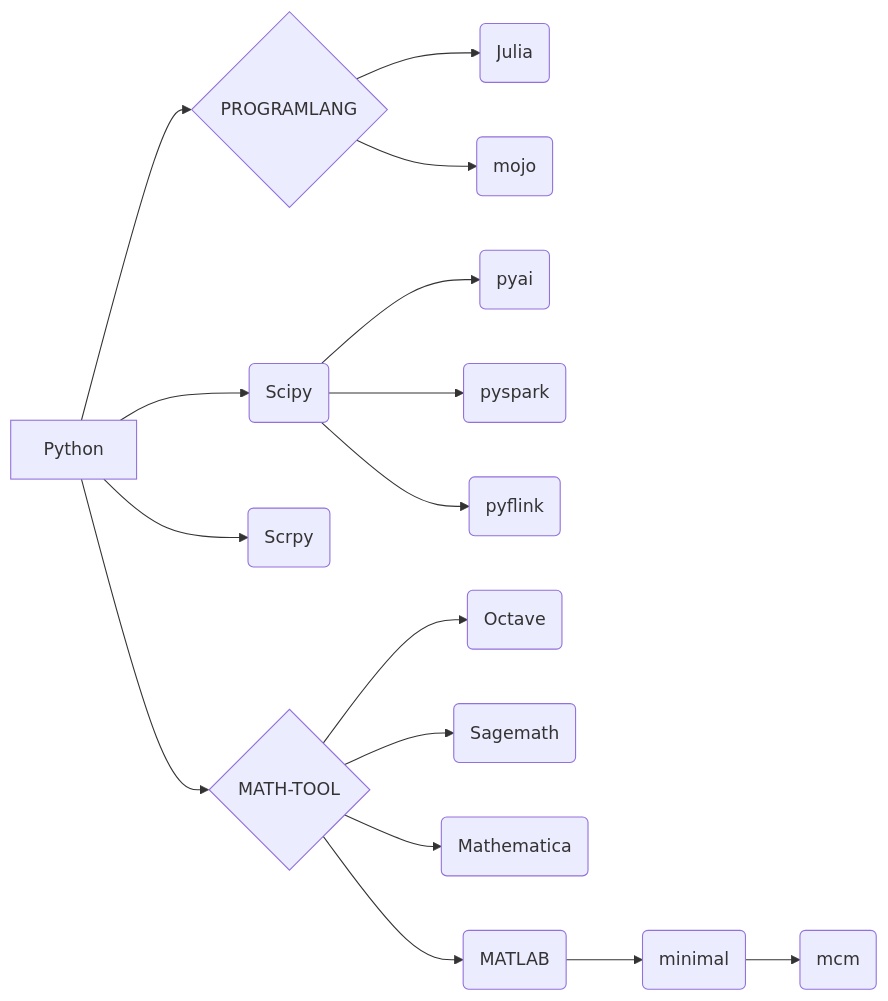
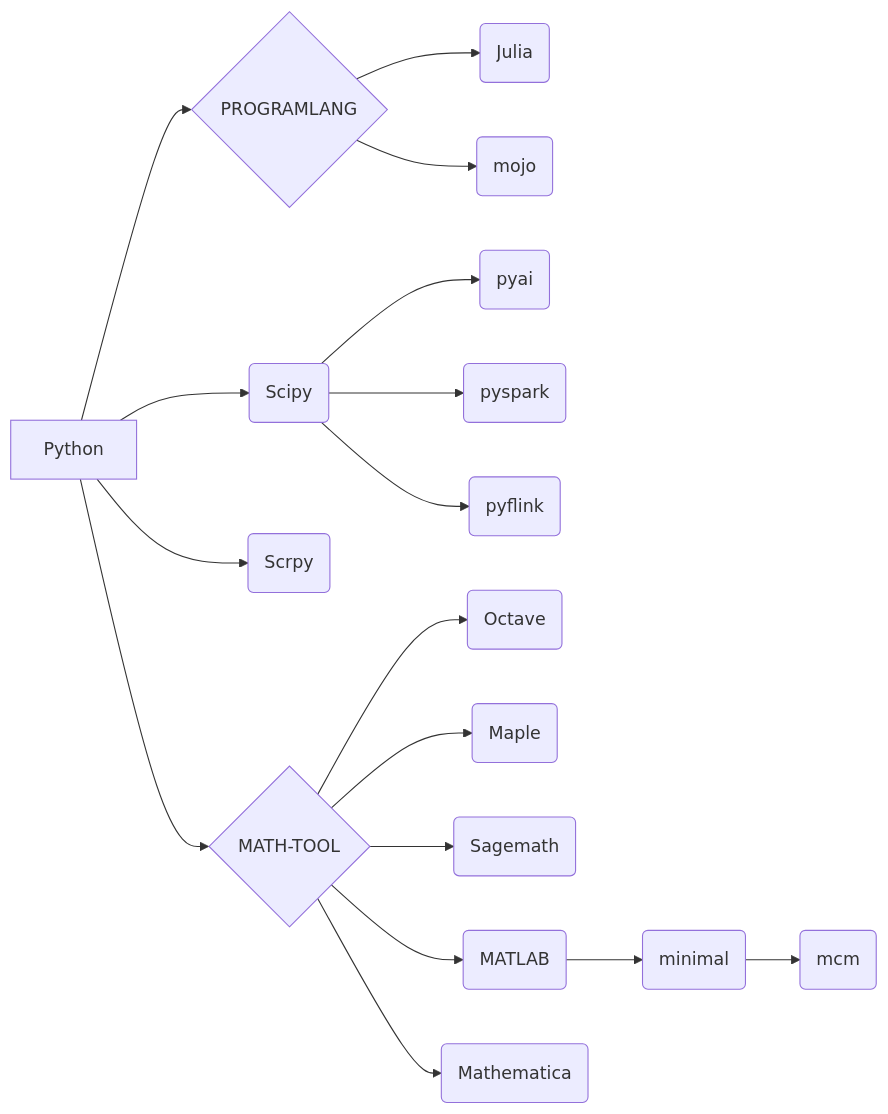
One commit to ben0i0d/jupyter changed the diagram in README.md. Above: the diagram before and after it, drawn with Mermaid. The commit also changed 1 other file, not shown here.

Commit message:
repair graph

````diff
--- a/README.md
+++ b/README.md
@@ -78,15 +78,16 @@
 ```mermaid
 graph LR
 Python-->PROGRAM{PROGRAMLANG}
 PROGRAM-->PC(Julia)
 PROGRAM-->PR(mojo)
 Python-->PRA(Scipy)
 Python-->PRB(Scrpy)
 PRA-->PRAA(pyai)  
 PRA-->PRAB(pyspark)  
 PRA-->PRAC(pyflink)  
 Python-->MATH{MATH-TOOL}-->MA(Octave)
+MATH-->MB(Maple)
 MATH-->MC(Sagemath)
+MATH-->MD(MATLAB)-->MDA(minimal)-->MDAA(mcm)
 MATH-->ME(Mathematica)
-MATH-->MD(MATLAB)-->MDA(minimal)-->MDAA(mcm)
 ```
````
